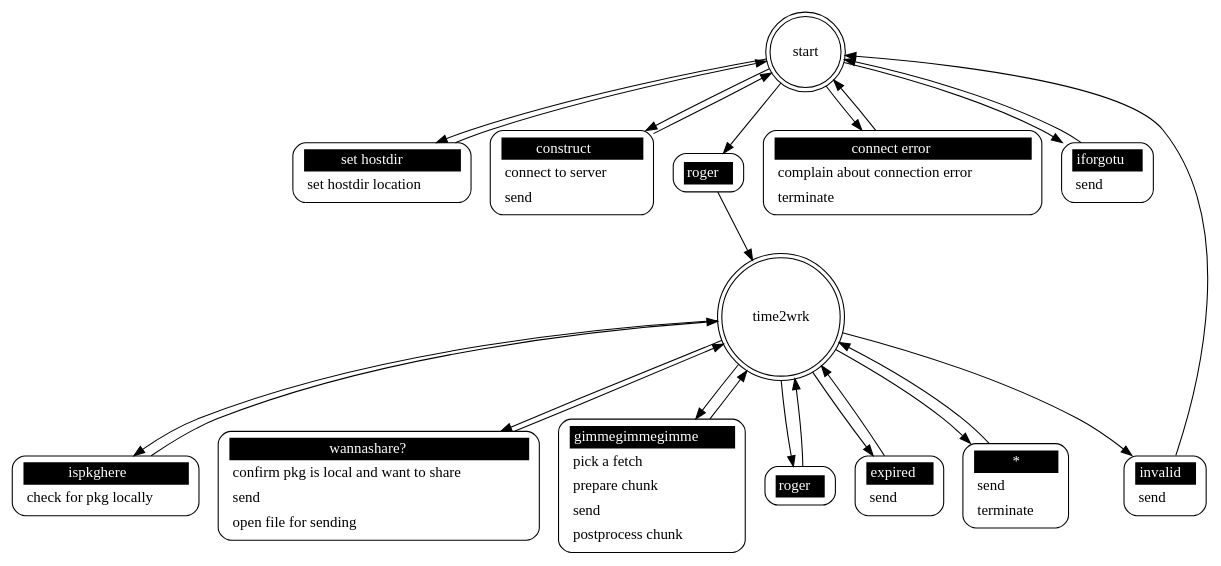
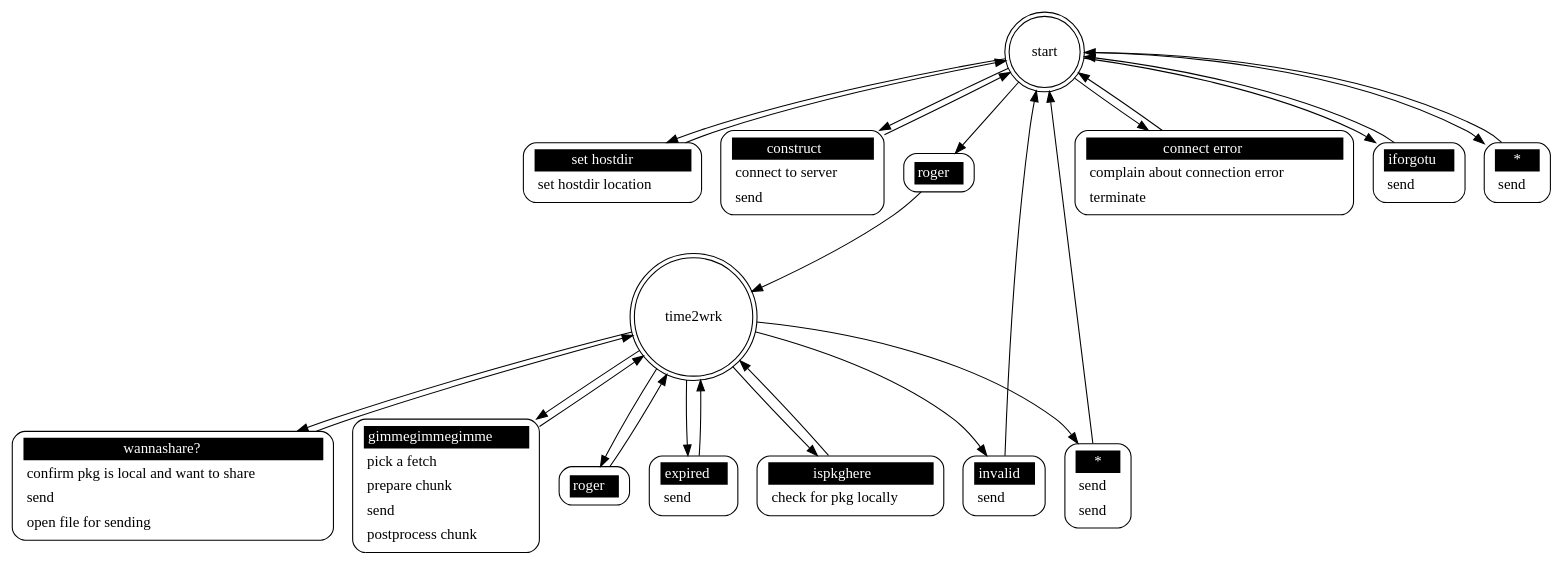
One commit to Vaelatern/dxpb changed the diagram in src/pkgfiler_remote.dot. Above: the diagram before and after it, drawn with Graphviz. The commit also changed 26 other files, not shown here.

```diff
--- a/src/pkgfiler_remote.dot
+++ b/src/pkgfiler_remote.dot
@@ -1,43 +1,46 @@
 ## Automatically generated from pkgfiler_remote.xml by gsl
 digraph "pkgfiler_remote" {
 
  "start" [shape = "doublecircle"];
  "start set hostdir" [shape = "Mrecord" style = solid label = <<table border="0" cellborder="0" cellpadding="3" bgcolor="white"><tr><td bgcolor="black" align="center" colspan="2"><font color="white">set hostdir</font></td></tr><tr><td align="left" port="r3">set hostdir location</td></tr></table>>];
  "start" -> "start set hostdir";
  "start set hostdir" -> "start";
  "start construct" [shape = "Mrecord" style = solid label = <<table border="0" cellborder="0" cellpadding="3" bgcolor="white"><tr><td bgcolor="black" align="center" colspan="2"><font color="white">construct</font></td></tr><tr><td align="left" port="r3">connect to server</td></tr><tr><td align="left" port="r3">send</td></tr></table>>];
  "start" -> "start construct";
  "start construct" -> "start";
  "start roger" [shape = "Mrecord" style = solid label = <<table border="0" cellborder="0" cellpadding="3" bgcolor="white"><tr><td bgcolor="black" align="center" colspan="2"><font color="white">roger</font></td></tr></table>>];
  "start" -> "start roger";
  "start roger" -> "time2wrk";
  "start connect error" [shape = "Mrecord" style = solid label = <<table border="0" cellborder="0" cellpadding="3" bgcolor="white"><tr><td bgcolor="black" align="center" colspan="2"><font color="white">connect error</font></td></tr><tr><td align="left" port="r3">complain about connection error</td></tr><tr><td align="left" port="r3">terminate</td></tr></table>>];
  "start" -> "start connect error";
  "start connect error" -> "start";
  "start iforgotu" [shape = "Mrecord" style = solid label = <<table border="0" cellborder="0" cellpadding="3" bgcolor="white"><tr><td bgcolor="black" align="center" colspan="2"><font color="white">iforgotu</font></td></tr><tr><td align="left" port="r3">send</td></tr></table>>];
  "start" -> "start iforgotu";
  "start iforgotu" -> "start";
+ "start *" [shape = "Mrecord" style = solid label = <<table border="0" cellborder="0" cellpadding="3" bgcolor="white"><tr><td bgcolor="black" align="center" colspan="2"><font color="white">*</font></td></tr><tr><td align="left" port="r3">send</td></tr></table>>];
+ "start" -> "start *";
+ "start *" -> "start";
 
  "time2wrk" [shape = "doublecircle"];
  "time2wrk ispkghere" [shape = "Mrecord" style = solid label = <<table border="0" cellborder="0" cellpadding="3" bgcolor="white"><tr><td bgcolor="black" align="center" colspan="2"><font color="white">ispkghere</font></td></tr><tr><td align="left" port="r3">check for pkg locally</td></tr></table>>];
  "time2wrk" -> "time2wrk ispkghere";
  "time2wrk ispkghere" -> "time2wrk";
  "time2wrk wannashare?" [shape = "Mrecord" style = solid label = <<table border="0" cellborder="0" cellpadding="3" bgcolor="white"><tr><td bgcolor="black" align="center" colspan="2"><font color="white">wannashare?</font></td></tr><tr><td align="left" port="r3">confirm pkg is local and want to share</td></tr><tr><td align="left" port="r3">send</td></tr><tr><td align="left" port="r3">open file for sending</td></tr></table>>];
  "time2wrk" -> "time2wrk wannashare?";
  "time2wrk wannashare?" -> "time2wrk";
  "time2wrk gimmegimmegimme" [shape = "Mrecord" style = solid label = <<table border="0" cellborder="0" cellpadding="3" bgcolor="white"><tr><td bgcolor="black" align="center" colspan="2"><font color="white">gimmegimmegimme</font></td></tr><tr><td align="left" port="r3">pick a fetch</td></tr><tr><td align="left" port="r3">prepare chunk</td></tr><tr><td align="left" port="r3">send</td></tr><tr><td align="left" port="r3">postprocess chunk</td></tr></table>>];
  "time2wrk" -> "time2wrk gimmegimmegimme";
  "time2wrk gimmegimmegimme" -> "time2wrk";
  "time2wrk roger" [shape = "Mrecord" style = solid label = <<table border="0" cellborder="0" cellpadding="3" bgcolor="white"><tr><td bgcolor="black" align="center" colspan="2"><font color="white">roger</font></td></tr></table>>];
  "time2wrk" -> "time2wrk roger";
  "time2wrk roger" -> "time2wrk";
  "time2wrk expired" [shape = "Mrecord" style = solid label = <<table border="0" cellborder="0" cellpadding="3" bgcolor="white"><tr><td bgcolor="black" align="center" colspan="2"><font color="white">expired</font></td></tr><tr><td align="left" port="r3">send</td></tr></table>>];
  "time2wrk" -> "time2wrk expired";
  "time2wrk expired" -> "time2wrk";
  "time2wrk invalid" [shape = "Mrecord" style = solid label = <<table border="0" cellborder="0" cellpadding="3" bgcolor="white"><tr><td bgcolor="black" align="center" colspan="2"><font color="white">invalid</font></td></tr><tr><td align="left" port="r3">send</td></tr></table>>];
  "time2wrk" -> "time2wrk invalid";
  "time2wrk invalid" -> "start";
- "time2wrk *" [shape = "Mrecord" style = solid label = <<table border="0" cellborder="0" cellpadding="3" bgcolor="white"><tr><td bgcolor="black" align="center" colspan="2"><font color="white">*</font></td></tr><tr><td align="left" port="r3">send</td></tr><tr><td align="left" port="r3">terminate</td></tr></table>>];
+ "time2wrk *" [shape = "Mrecord" style = solid label = <<table border="0" cellborder="0" cellpadding="3" bgcolor="white"><tr><td bgcolor="black" align="center" colspan="2"><font color="white">*</font></td></tr><tr><td align="left" port="r3">send</td></tr><tr><td align="left" port="r3">send</td></tr></table>>];
  "time2wrk" -> "time2wrk *";
- "time2wrk *" -> "time2wrk";
+ "time2wrk *" -> "start";
 }
```
